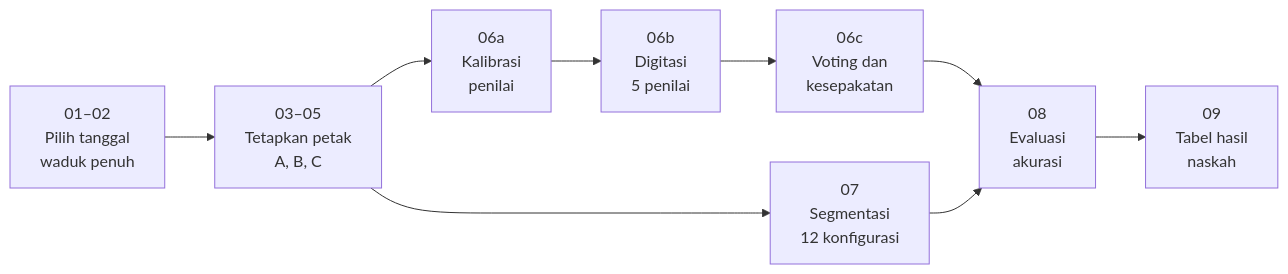
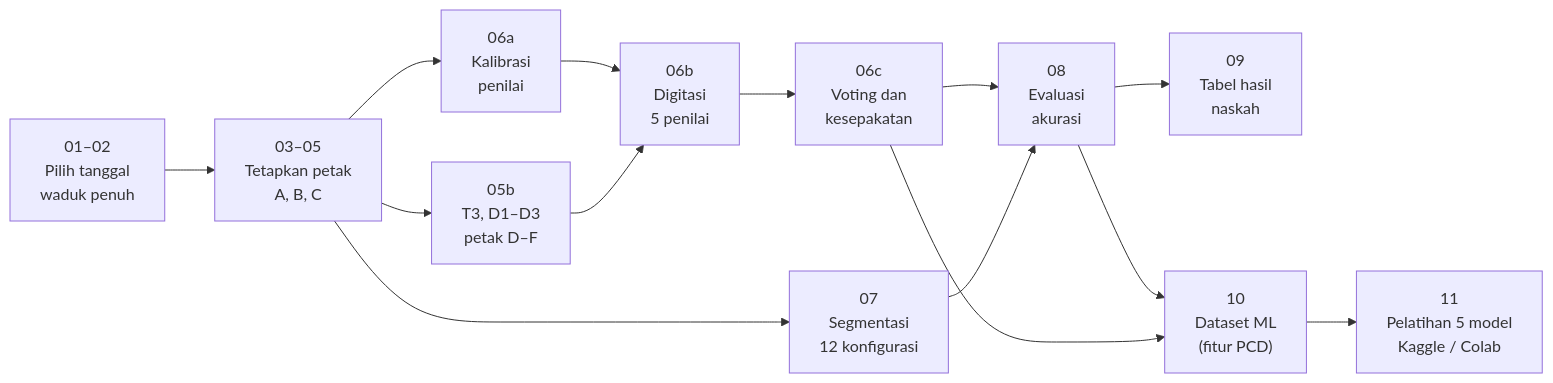
One commit to praditamaaa/saguling-water-classification changed the diagram in README.md. Above: the diagram before and after it, drawn with Mermaid. The commit also changed other lines of this file and 26 other files, not shown here.

````diff
--- a/README.md
+++ b/README.md
@@ -35,11 +35,16 @@
 ```mermaid
 flowchart LR
   A["01–02<br/>Pilih tanggal<br/>waduk penuh"] --> B["03–05<br/>Tetapkan petak<br/>A, B, C"]
   B --> C["06a<br/>Kalibrasi<br/>penilai"]
   C --> D["06b<br/>Digitasi<br/>5 penilai"]
   D --> E["06c<br/>Voting dan<br/>kesepakatan"]
   B --> F["07<br/>Segmentasi<br/>12 konfigurasi"]
   E --> G["08<br/>Evaluasi<br/>akurasi"]
   F --> G
   G --> H["09<br/>Tabel hasil<br/>naskah"]
+  B --> T["05b<br/>T3, D1–D3<br/>petak D–F"]
+  T --> D
+  G --> J["10<br/>Dataset ML<br/>(fitur PCD)"]
+  E --> J
+  J --> K["11<br/>Pelatihan 5 model<br/>Kaggle / Colab"]
 ```
````
